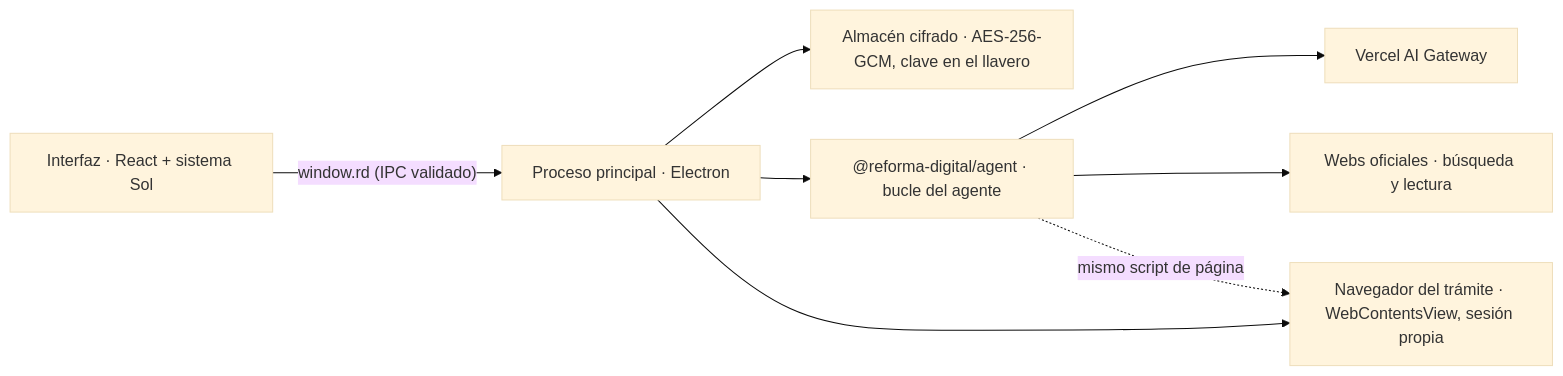
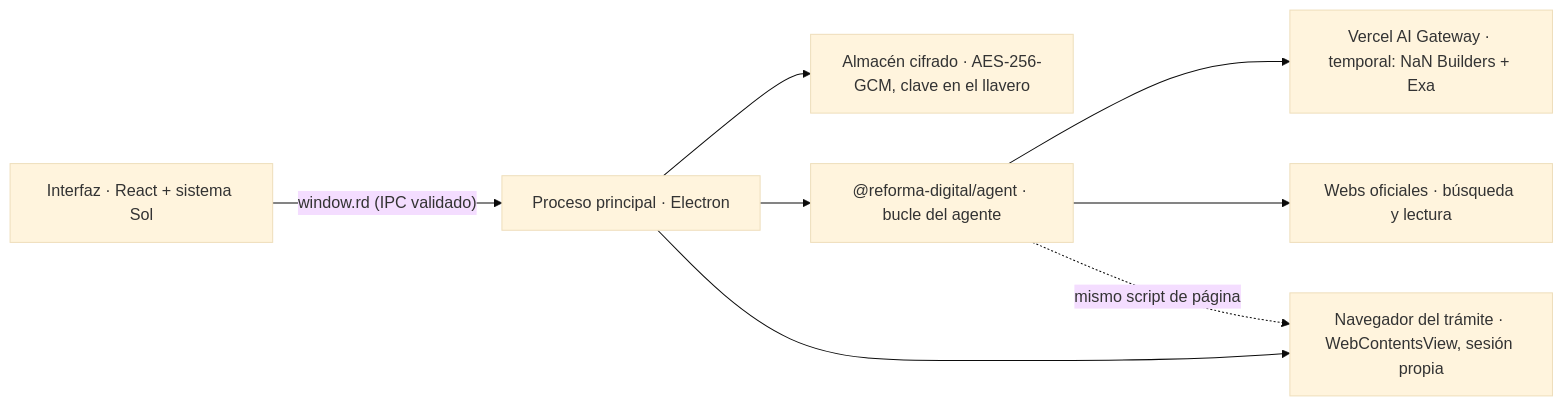
Before and after one commit to SantiagoJimenezQ/reforma-digital: the diagram in apps/desktop/README.md, drawn with Mermaid (base theme). The commit also changed other lines of this file and 18 other files, not shown here.

````diff
--- a/apps/desktop/README.md
+++ b/apps/desktop/README.md
@@ -28,10 +30,10 @@
 ```mermaid
 flowchart LR
   UI["Interfaz · React + sistema Sol"] -- "window.rd (IPC validado)" --> Main["Proceso principal · Electron"]
   Main --> Almacen["Almacén cifrado · AES-256-GCM, clave en el llavero"]
   Main --> Agente["@reforma-digital/agent · bucle del agente"]
-  Agente --> Modelo["Vercel AI Gateway"]
+  Agente --> Modelo["Vercel AI Gateway · temporal: NaN Builders + Exa"]
   Agente --> Oficiales["Webs oficiales · búsqueda y lectura"]
   Main --> Vista["Navegador del trámite · WebContentsView, sesión propia"]
   Agente -. "mismo script de página" .-> Vista
 ```
````
